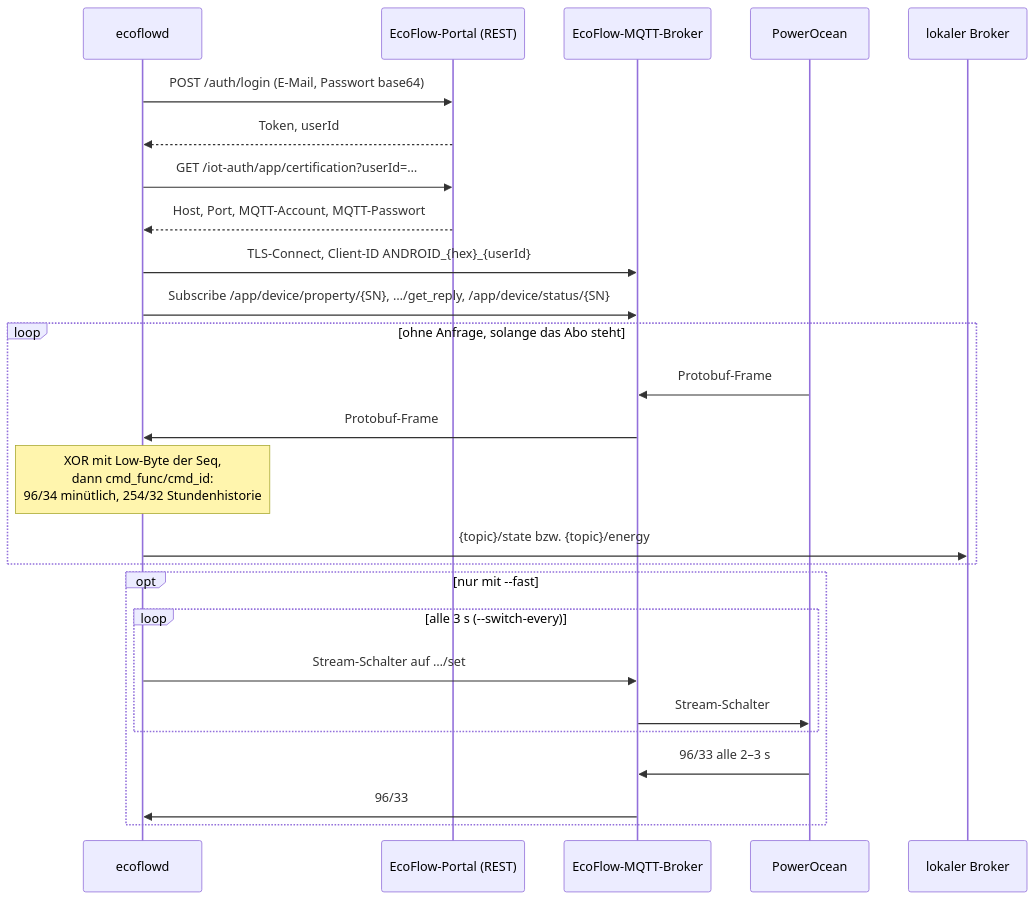
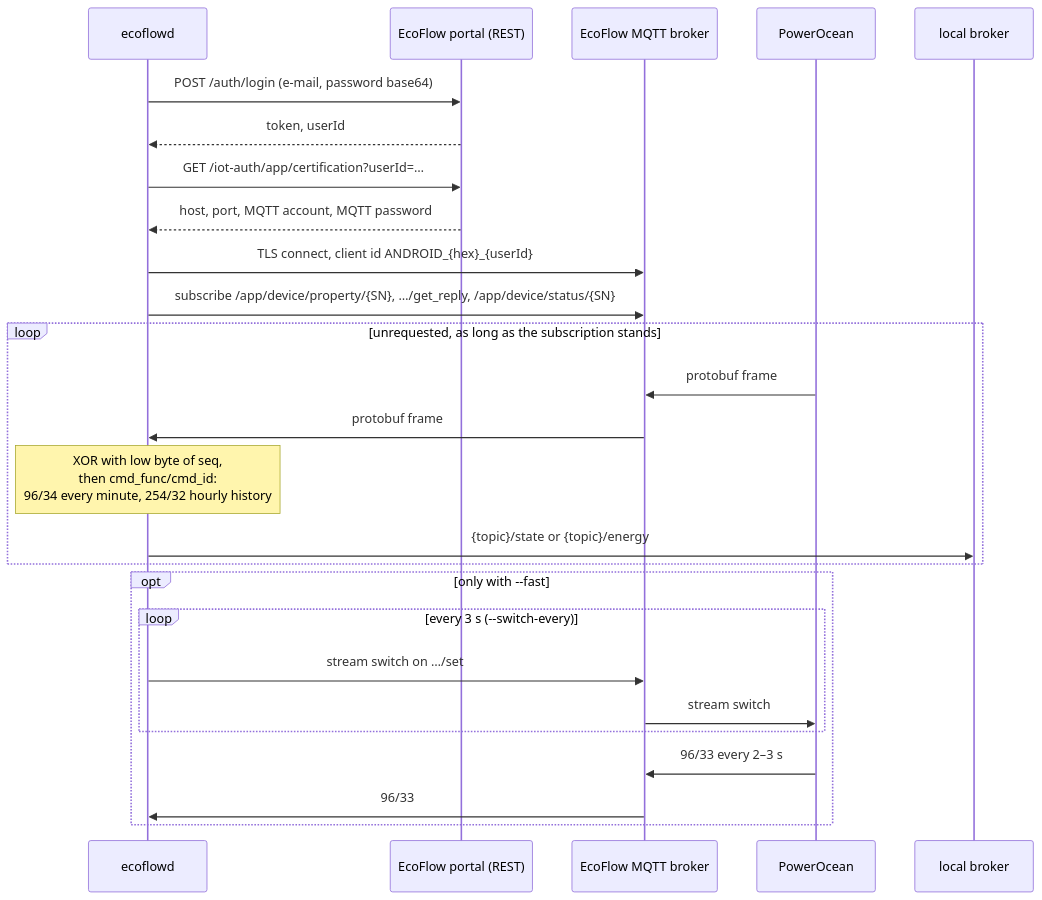
Before and after one commit to womat/ecoflow: the diagram in README.md, drawn with Mermaid. The commit also changed other lines of this file and 2 other files, not shown here.

````diff
--- a/README.md
+++ b/README.md
@@ -541,29 +541,29 @@
 ```mermaid
 sequenceDiagram
     participant D as ecoflowd
-    participant P as EcoFlow-Portal (REST)
-    participant B as EcoFlow-MQTT-Broker
+    participant P as EcoFlow portal (REST)
+    participant B as EcoFlow MQTT broker
     participant G as PowerOcean
-    participant L as lokaler Broker
+    participant L as local broker
 
-    D->>P: POST /auth/login (E-Mail, Passwort base64)
-    P-->>D: Token, userId
+    D->>P: POST /auth/login (e-mail, password base64)
+    P-->>D: token, userId
     D->>P: GET /iot-auth/app/certification?userId=…
-    P-->>D: Host, Port, MQTT-Account, MQTT-Passwort
-    D->>B: TLS-Connect, Client-ID ANDROID_{hex}_{userId}
-    D->>B: Subscribe /app/device/property/{SN}, …/get_reply, /app/device/status/{SN}
-    loop ohne Anfrage, solange das Abo steht
-        G->>B: Protobuf-Frame
-        B->>D: Protobuf-Frame
-        Note over D: XOR mit Low-Byte der Seq,<br/>dann cmd_func/cmd_id:<br/>96/34 minütlich, 254/32 Stundenhistorie
-        D->>L: {topic}/state bzw. {topic}/energy
+    P-->>D: host, port, MQTT account, MQTT password
+    D->>B: TLS connect, client id ANDROID_{hex}_{userId}
+    D->>B: subscribe /app/device/property/{SN}, …/get_reply, /app/device/status/{SN}
+    loop unrequested, as long as the subscription stands
+        G->>B: protobuf frame
+        B->>D: protobuf frame
+        Note over D: XOR with low byte of seq,<br/>then cmd_func/cmd_id:<br/>96/34 every minute, 254/32 hourly history
+        D->>L: {topic}/state or {topic}/energy
     end
-    opt nur mit --fast
-        loop alle 3 s (--switch-every)
-            D->>B: Stream-Schalter auf …/set
-            B->>G: Stream-Schalter
+    opt only with --fast
+        loop every 3 s (--switch-every)
+            D->>B: stream switch on …/set
+            B->>G: stream switch
         end
-        G->>B: 96/33 alle 2–3 s
+        G->>B: 96/33 every 2–3 s
         B->>D: 96/33
     end
 ```
````
